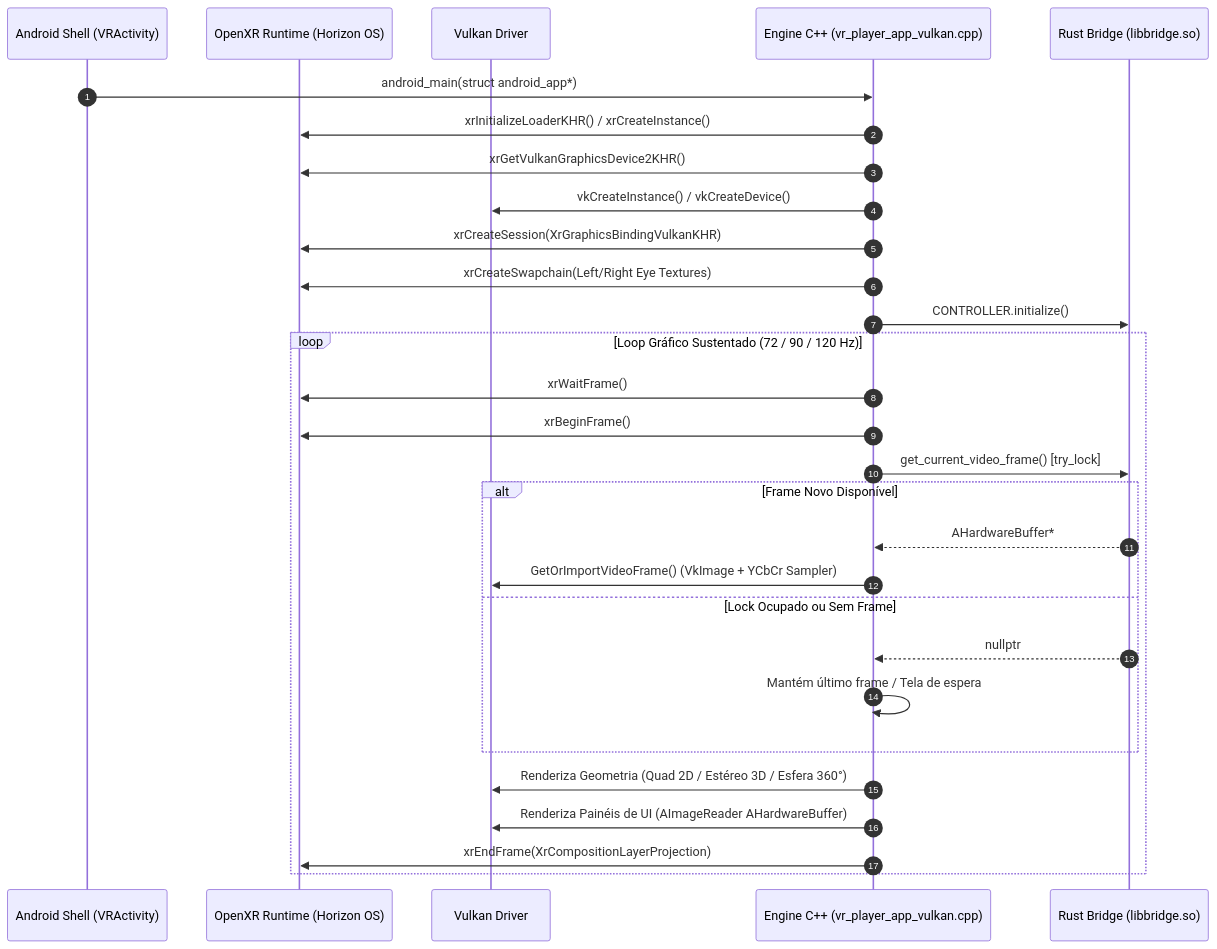
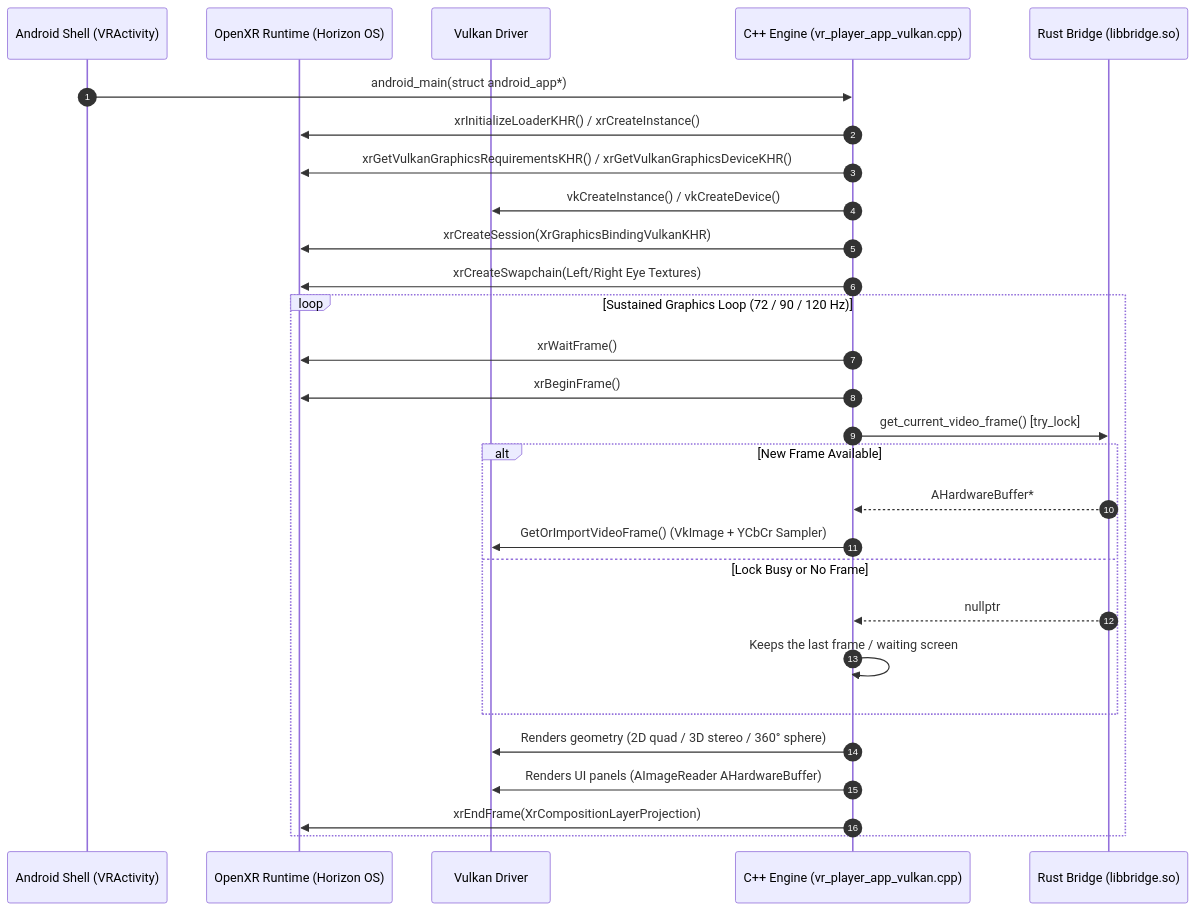
The fifth of 8 diagrams in docs/ARCHITECTURE.md (BGLuis/tucaVR), drawn with Mermaid before and after one commit. The commit also changed other lines of this file and 4 other files, not shown here.

````diff
--- a/docs/ARCHITECTURE.md
+++ b/docs/ARCHITECTURE.md
@@ -371,33 +388,32 @@
 ```mermaid
 sequenceDiagram
     autonumber
     participant App as Android Shell (VRActivity)
     participant Ovr as OpenXR Runtime (Horizon OS)
     participant Vk as Vulkan Driver
-    participant Cpp as Engine C++ (vr_player_app_vulkan.cpp)
+    participant Cpp as C++ Engine (vr_player_app_vulkan.cpp)
     participant Rust as Rust Bridge (libbridge.so)
 
     App->>Cpp: android_main(struct android_app*)
     Cpp->>Ovr: xrInitializeLoaderKHR() / xrCreateInstance()
-    Cpp->>Ovr: xrGetVulkanGraphicsDevice2KHR()
+    Cpp->>Ovr: xrGetVulkanGraphicsRequirementsKHR() / xrGetVulkanGraphicsDeviceKHR()
     Cpp->>Vk: vkCreateInstance() / vkCreateDevice()
     Cpp->>Ovr: xrCreateSession(XrGraphicsBindingVulkanKHR)
     Cpp->>Ovr: xrCreateSwapchain(Left/Right Eye Textures)
-    Cpp->>Rust: CONTROLLER.initialize()
 
-    loop Loop Gráfico Sustentado (72 / 90 / 120 Hz)
+    loop Sustained Graphics Loop (72 / 90 / 120 Hz)
         Cpp->>Ovr: xrWaitFrame()
         Cpp->>Ovr: xrBeginFrame()
         Cpp->>Rust: get_current_video_frame() [try_lock]
-        alt Frame Novo Disponível
+        alt New Frame Available
             Rust-->>Cpp: AHardwareBuffer*
             Cpp->>Vk: GetOrImportVideoFrame() (VkImage + YCbCr Sampler)
-        else Lock Ocupado ou Sem Frame
+        else Lock Busy or No Frame
             Rust-->>Cpp: nullptr
-            Cpp->>Cpp: Mantém último frame / Tela de espera
+            Cpp->>Cpp: Keeps the last frame / waiting screen
         end
-        Cpp->>Vk: Renderiza Geometria (Quad 2D / Estéreo 3D / Esfera 360°)
-        Cpp->>Vk: Renderiza Painéis de UI (AImageReader AHardwareBuffer)
+        Cpp->>Vk: Renders geometry (2D quad / 3D stereo / 360° sphere)
+        Cpp->>Vk: Renders UI panels (AImageReader AHardwareBuffer)
         Cpp->>Ovr: xrEndFrame(XrCompositionLayerProjection)
     end
 ```
````
